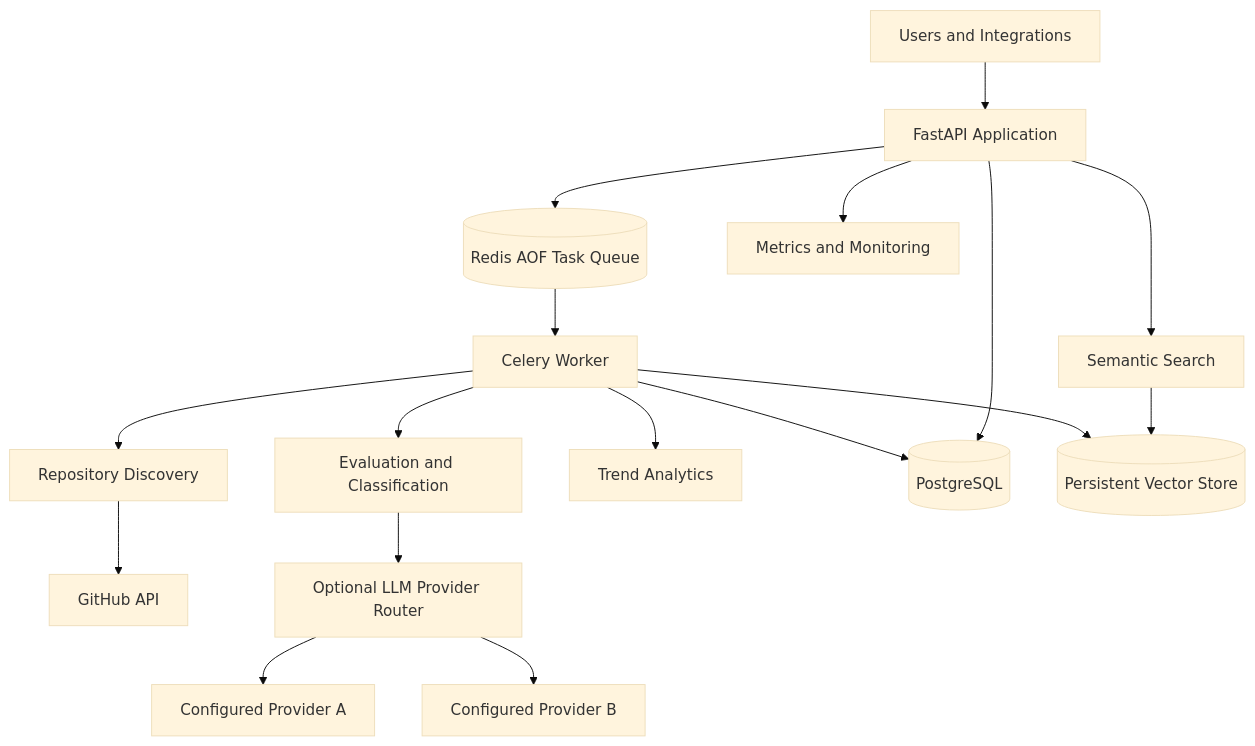
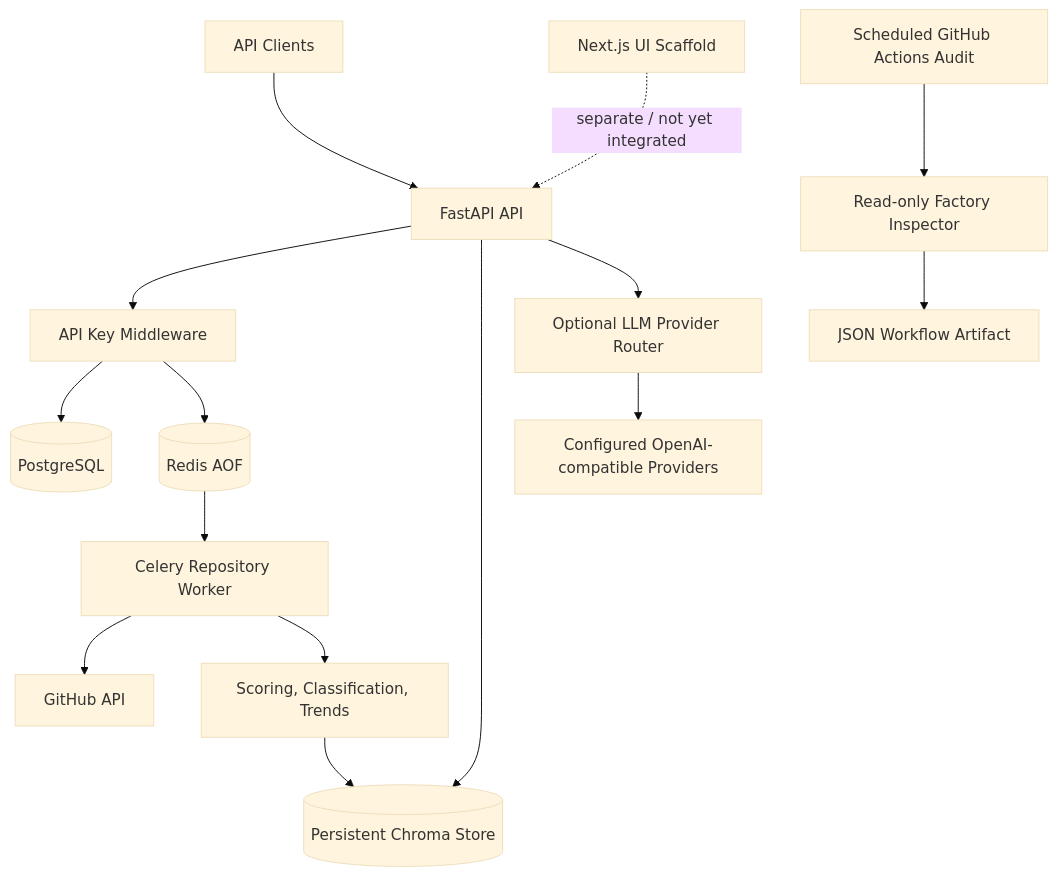
One commit to zopair/Sovereign-AI-Arsenal changed the diagram in README.md. Above: the diagram before and after it, drawn with Mermaid (base theme). The commit also changed other lines of this file, not shown here.

````diff
--- a/README.md
+++ b/README.md
@@ -34,19 +31,17 @@
 ```mermaid
 flowchart TB
-    Client[Users and Integrations] --> API[FastAPI Application]
-    API --> Queue[(Redis AOF Task Queue)]
-    Queue --> Worker[Celery Worker]
-    Worker --> Discovery[Repository Discovery]
-    Worker --> Analysis[Evaluation and Classification]
-    Worker --> Trends[Trend Analytics]
-    Discovery --> GitHub[GitHub API]
-    Analysis --> Router[Optional LLM Provider Router]
-    Router --> P1[Configured Provider A]
-    Router --> P2[Configured Provider B]
-    Worker --> DB[(PostgreSQL)]
-    Worker --> Vector[(Persistent Vector Store)]
-    API --> DB
-    API --> Search[Semantic Search]
-    Search --> Vector
-    API --> Metrics[Metrics and Monitoring]
+    Client[API Clients] --> API[FastAPI API]
+    API --> Auth[API Key Middleware]
+    Auth --> DB[(PostgreSQL)]
+    Auth --> Redis[(Redis AOF)]
+    Redis --> Worker[Celery Repository Worker]
+    Worker --> GitHub[GitHub API]
+    Worker --> Analysis[Scoring, Classification, Trends]
+    Analysis --> Vector[(Persistent Chroma Store)]
+    API --> Vector
+    API --> LLM[Optional LLM Provider Router]
+    LLM --> Providers[Configured OpenAI-compatible Providers]
+    Audit[Scheduled GitHub Actions Audit] --> Factory[Read-only Factory Inspector]
+    Factory --> Report[JSON Workflow Artifact]
+    UI[Next.js UI Scaffold] -. separate / not yet integrated .-> API
 ```
````
